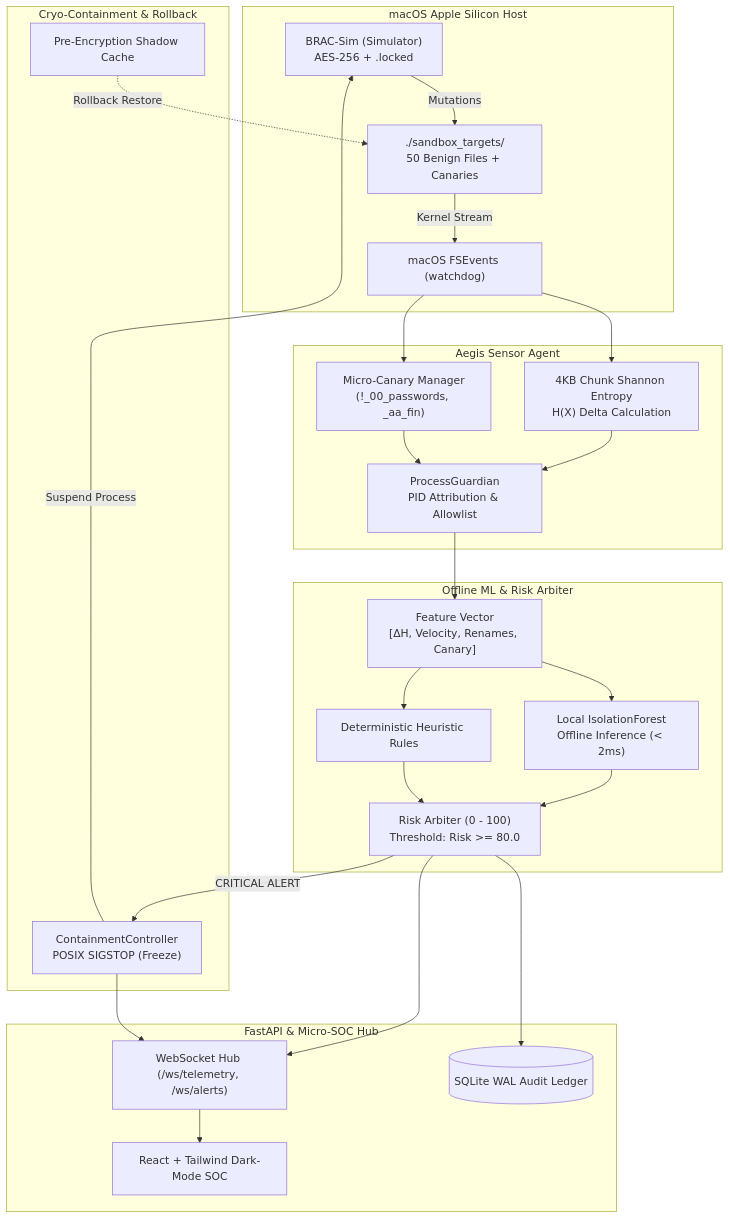
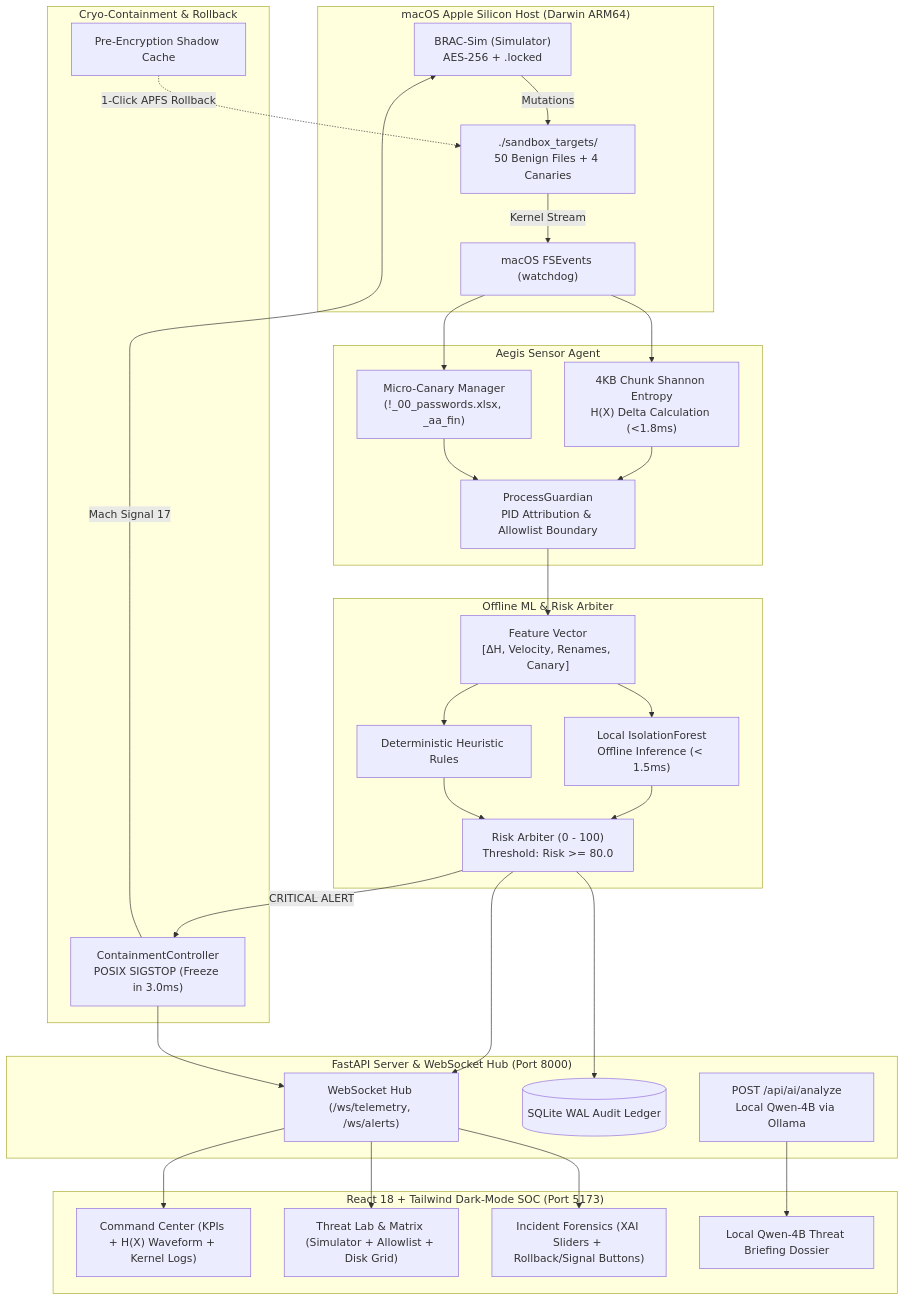
One commit to akhouriprakhar/hackasol-ransomware-shield changed the diagram in README.md. Above: the diagram before and after it, drawn with Mermaid. The commit also changed other lines of this file and 29 other files, not shown here.

````diff
--- a/README.md
+++ b/README.md
@@ -44,35 +56,42 @@
 ```mermaid
 flowchart TD
-    subgraph Host["macOS Apple Silicon Host"]
-        Sim["BRAC-Sim (Simulator)<br/>AES-256 + .locked"] -->|Mutations| Sandbox["./sandbox_targets/<br/>50 Benign Files + Canaries"]
+    subgraph Host["macOS Apple Silicon Host (Darwin ARM64)"]
+        Sim["BRAC-Sim (Simulator)<br/>AES-256 + .locked"] -->|Mutations| Sandbox["./sandbox_targets/<br/>50 Benign Files + 4 Canaries"]
         Sandbox -->|Kernel Stream| FSEvents["macOS FSEvents (watchdog)"]
     end
 
     subgraph Agent["Aegis Sensor Agent"]
-        FSEvents --> Entropy["4KB Chunk Shannon Entropy<br/>H(X) Delta Calculation"]
-        FSEvents --> Canary["Micro-Canary Manager<br/>(!_00_passwords, _aa_fin)"]
-        Entropy --> Guardian["ProcessGuardian<br/>PID Attribution & Allowlist"]
+        FSEvents --> Entropy["4KB Chunk Shannon Entropy<br/>H(X) Delta Calculation (<1.8ms)"]
+        FSEvents --> Canary["Micro-Canary Manager<br/>(!_00_passwords.xlsx, _aa_fin)"]
+        Entropy --> Guardian["ProcessGuardian<br/>PID Attribution & Allowlist Boundary"]
         Canary --> Guardian
     end
 
     subgraph Engine["Offline ML & Risk Arbiter"]
         Guardian --> Vector["Feature Vector<br/>[ΔH, Velocity, Renames, Canary]"]
-        Vector --> Model["Local IsolationForest<br/>Offline Inference (< 2ms)"]
+        Vector --> Model["Local IsolationForest<br/>Offline Inference (< 1.5ms)"]
         Vector --> Heuristic["Deterministic Heuristic Rules"]
         Model --> Arbiter["Risk Arbiter (0 - 100)<br/>Threshold: Risk >= 80.0"]
         Heuristic --> Arbiter
     end
 
     subgraph Containment["Cryo-Containment & Rollback"]
-        Arbiter -->|CRITICAL ALERT| Cryo["ContainmentController<br/>POSIX SIGSTOP (Freeze)"]
-        Cryo -->|Suspend Process| Sim
-        ShadowCache["Pre-Encryption Shadow Cache"] -.->|Rollback Restore| Sandbox
+        Arbiter -->|CRITICAL ALERT| Cryo["ContainmentController<br/>POSIX SIGSTOP (Freeze in 3.0ms)"]
+        Cryo -->|Mach Signal 17| Sim
+        ShadowCache["Pre-Encryption Shadow Cache"] -.->|1-Click APFS Rollback| Sandbox
     end
 
-    subgraph Server["FastAPI & Micro-SOC Hub"]
+    subgraph Server["FastAPI Server & WebSocket Hub (Port 8000)"]
         Arbiter --> WS["WebSocket Hub (/ws/telemetry, /ws/alerts)"]
         Cryo --> WS
         Arbiter --> DB[("SQLite WAL Audit Ledger")]
-        WS --> UI["React + Tailwind Dark-Mode SOC"]
+        AI["POST /api/ai/analyze<br/>Local Qwen-4B via Ollama"]
+    end
+
+    subgraph Console["React 18 + Tailwind Dark-Mode SOC (Port 5173)"]
+        WS --> UI1["Command Center (KPIs + H(X) Waveform + Kernel Logs)"]
+        WS --> UI2["Threat Lab & Matrix (Simulator + Allowlist + Disk Grid)"]
+        WS --> UI3["Incident Forensics (XAI Sliders + Rollback/Signal Buttons)"]
+        AI --> UI4["Local Qwen-4B Threat Briefing Dossier"]
     end
 ```
````
